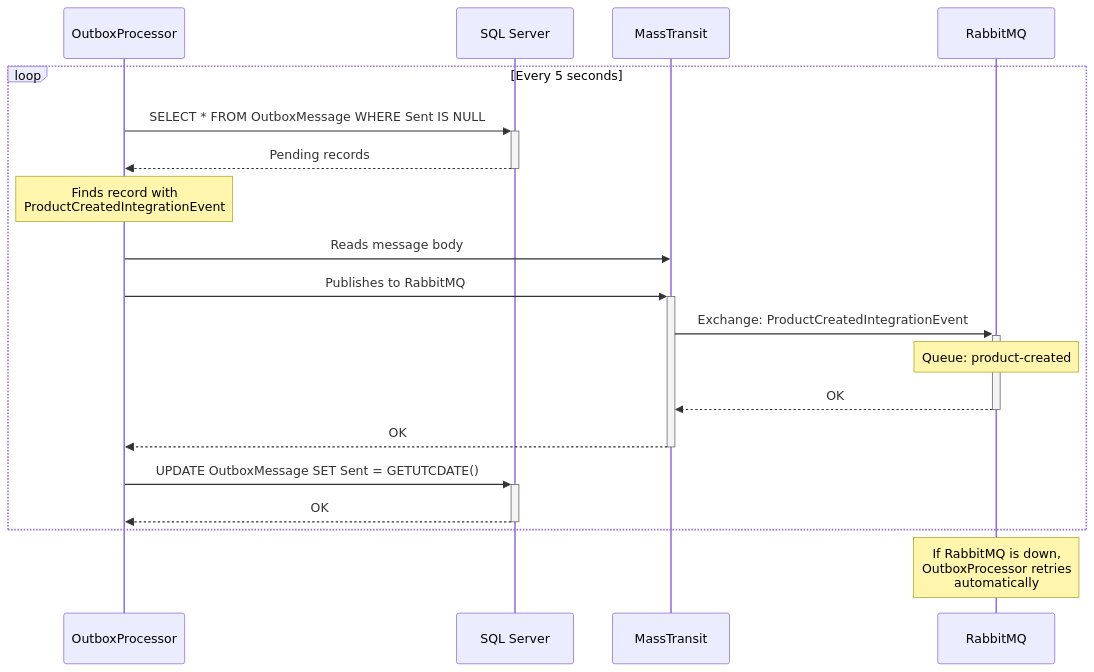
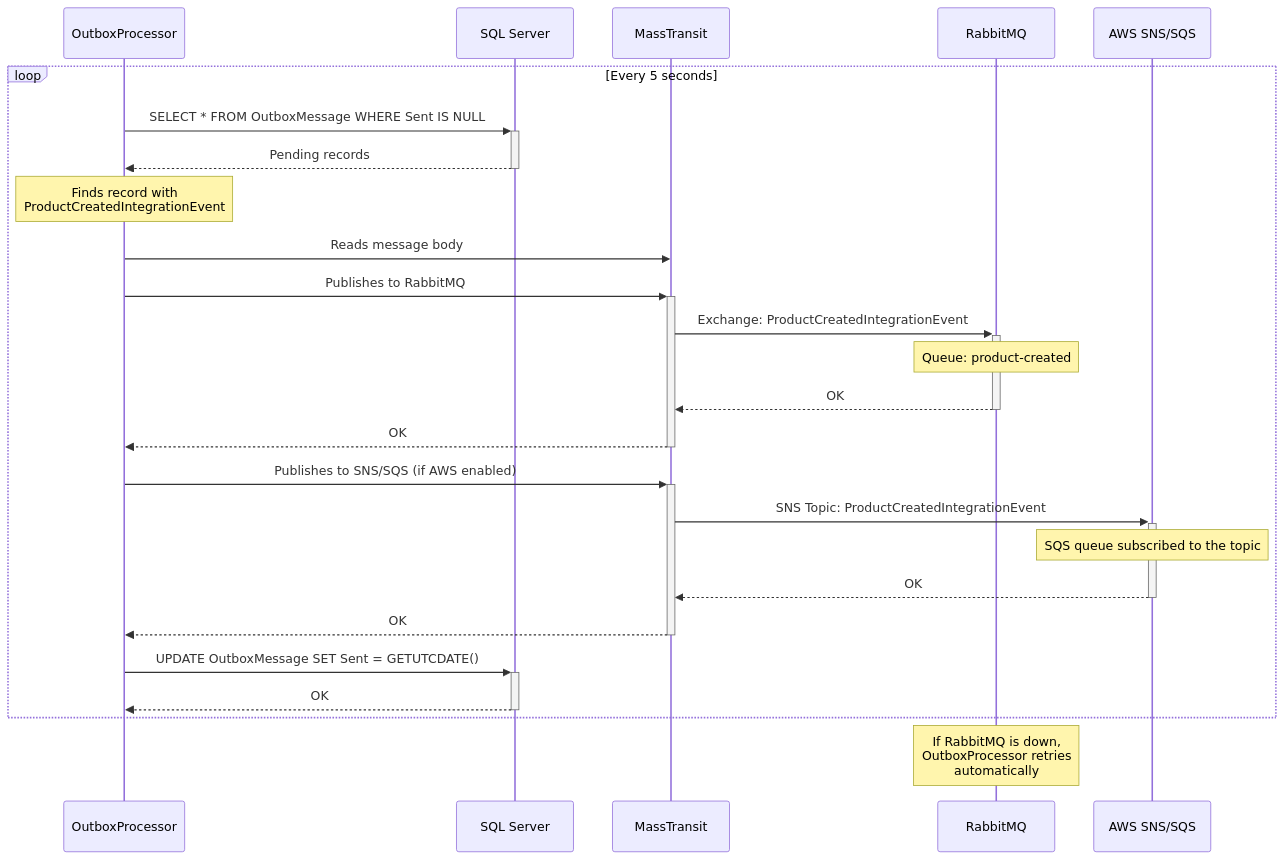
Before and after one commit to AcoranGonzalezMoray/SoftwareLearningGuide: the fifth of 7 diagrams in docs/README.en.md, drawn with Mermaid. The commit also changed other lines of this file and 22 other files, not shown here.

````diff
--- a/docs/README.en.md
+++ b/docs/README.en.md
@@ -479,25 +542,32 @@
 ```mermaid
 sequenceDiagram
     participant OP as OutboxProcessor
     participant DB as SQL Server
     participant MT as MassTransit
     participant RMQ as RabbitMQ
+    participant AWS as AWS SNS/SQS
     
     loop Every 5 seconds
         OP->>+DB: SELECT * FROM OutboxMessage WHERE Sent IS NULL
         DB-->>-OP: Pending records
         Note over OP: Finds record with<br/>ProductCreatedIntegrationEvent
         
         OP->>MT: Reads message body
         OP->>+MT: Publishes to RabbitMQ
         MT->>+RMQ: Exchange: ProductCreatedIntegrationEvent
         Note over RMQ: Queue: product-created
         RMQ-->>-MT: OK
         MT-->>-OP: OK
         
+        OP->>+MT: Publishes to SNS/SQS (if AWS enabled)
+        MT->>+AWS: SNS Topic: ProductCreatedIntegrationEvent
+        Note over AWS: SQS queue subscribed to the topic
+        AWS-->>-MT: OK
+        MT-->>-OP: OK
+        
         OP->>+DB: UPDATE OutboxMessage SET Sent = GETUTCDATE()
         DB-->>-OP: OK
     end
     
     Note over RMQ: If RabbitMQ is down,<br/>OutboxProcessor retries<br/>automatically
 ```
````
